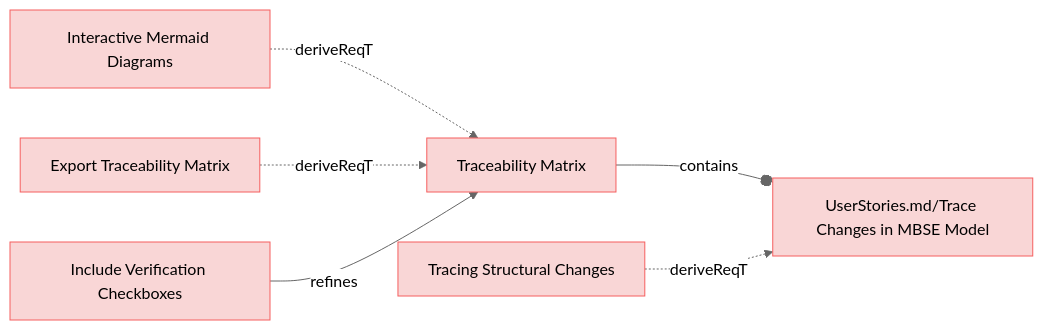
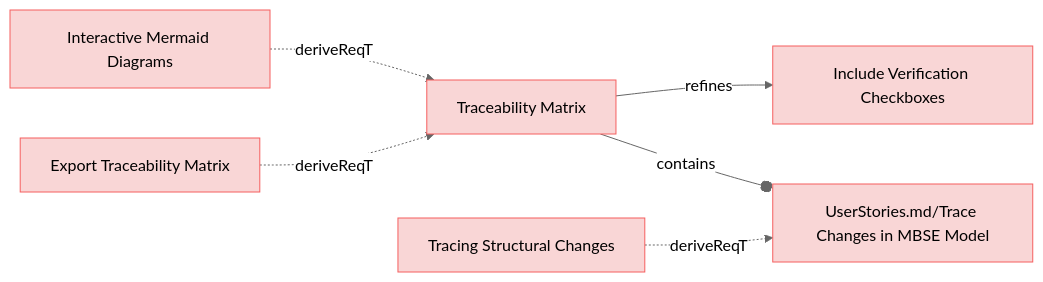
Before and after one commit to reqvire-org/reqvire: the sixth of 9 diagrams in specifications/UserRequirements.md, drawn with Mermaid (neutral theme). The commit also changed other lines of this file and 20 other files, not shown here.

````diff
--- a/specifications/UserRequirements.md
+++ b/specifications/UserRequirements.md
@@ -447,32 +448,32 @@
 ```mermaid
 graph LR;
   %% Graph styling
   classDef requirement fill:#f9d6d6,stroke:#f55f5f,stroke-width:1px;
   classDef verification fill:#d6f9d6,stroke:#5fd75f,stroke-width:1px;
   classDef externalLink fill:#d0e0ff,stroke:#3080ff,stroke-width:1px;
   classDef default fill:#f5f5f5,stroke:#333333,stroke-width:1px;
 
-  b8997351b6f34048["Interactive Mermaid Diagrams"];
-  click b8997351b6f34048 "https://github.com/Reqvire/reqvire/blob/30536324899084e88969175e3613c971ffa6e108/specifications/UserRequirements.md#interactive-mermaid-diagrams";
-  class b8997351b6f34048 requirement;
+  4bedae4112e254b["Include Verification Checkboxes"];
+  click 4bedae4112e254b "https://github.com/Reqvire/reqvire/blob/667635d4628fed400323f7df3689af2dbc2ad666/specifications/UserRequirements.md#include-verification-checkboxes";
+  class 4bedae4112e254b requirement;
   c5b8a7944b6943e2["Traceability Matrix"];
   class c5b8a7944b6943e2 requirement;
-  click c5b8a7944b6943e2 "https://github.com/Reqvire/reqvire/blob/30536324899084e88969175e3613c971ffa6e108/specifications/UserRequirements.md#traceability-matrix";
+  click c5b8a7944b6943e2 "https://github.com/Reqvire/reqvire/blob/667635d4628fed400323f7df3689af2dbc2ad666/specifications/UserRequirements.md#traceability-matrix";
+  c5b8a7944b6943e2 -->|refines| 4bedae4112e254b;
+  b8997351b6f34048["Interactive Mermaid Diagrams"];
+  click b8997351b6f34048 "https://github.com/Reqvire/reqvire/blob/667635d4628fed400323f7df3689af2dbc2ad666/specifications/UserRequirements.md#interactive-mermaid-diagrams";
+  class b8997351b6f34048 requirement;
   b8997351b6f34048 -.->|deriveReqT| c5b8a7944b6943e2;
+  9b9c33c7182d6eeb["Tracing Structural Changes"];
+  click 9b9c33c7182d6eeb "https://github.com/Reqvire/reqvire/blob/667635d4628fed400323f7df3689af2dbc2ad666/specifications/UserRequirements.md#tracing-structural-changes";
+  class 9b9c33c7182d6eeb requirement;
   2591b90e1fb90daa["UserStories.md/Trace Changes in MBSE Model"];
   class 2591b90e1fb90daa requirement;
-  click 2591b90e1fb90daa "https://github.com/Reqvire/reqvire/blob/30536324899084e88969175e3613c971ffa6e108/specifications/UserStories.md#trace-changes-in-mbse-model";
+  click 2591b90e1fb90daa "https://github.com/Reqvire/reqvire/blob/667635d4628fed400323f7df3689af2dbc2ad666/specifications/UserStories.md#trace-changes-in-mbse-model";
+  9b9c33c7182d6eeb -.->|deriveReqT| 2591b90e1fb90daa;
   c5b8a7944b6943e2 --o|contains| 2591b90e1fb90daa;
-  9b9c33c7182d6eeb["Tracing Structural Changes"];
-  click 9b9c33c7182d6eeb "https://github.com/Reqvire/reqvire/blob/30536324899084e88969175e3613c971ffa6e108/specifications/UserRequirements.md#tracing-structural-changes";
-  class 9b9c33c7182d6eeb requirement;
-  9b9c33c7182d6eeb -.->|deriveReqT| 2591b90e1fb90daa;
   92ab92840dee10a5["Export Traceability Matrix"];
-  click 92ab92840dee10a5 "https://github.com/Reqvire/reqvire/blob/30536324899084e88969175e3613c971ffa6e108/specifications/UserRequirements.md#export-traceability-matrix";
+  click 92ab92840dee10a5 "https://github.com/Reqvire/reqvire/blob/667635d4628fed400323f7df3689af2dbc2ad666/specifications/UserRequirements.md#export-traceability-matrix";
   class 92ab92840dee10a5 requirement;
   92ab92840dee10a5 -.->|deriveReqT| c5b8a7944b6943e2;
-  4bedae4112e254b["Include Verification Checkboxes"];
-  click 4bedae4112e254b "https://github.com/Reqvire/reqvire/blob/30536324899084e88969175e3613c971ffa6e108/specifications/UserRequirements.md#include-verification-checkboxes";
-  class 4bedae4112e254b requirement;
-  4bedae4112e254b -->|refines| c5b8a7944b6943e2;
 ```
````
